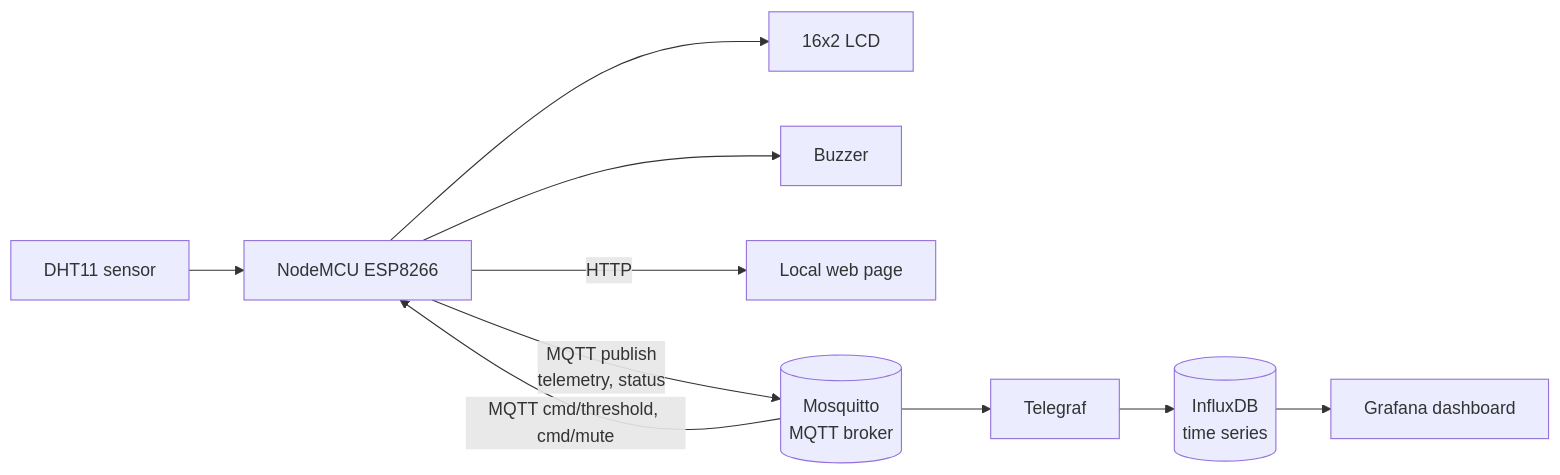
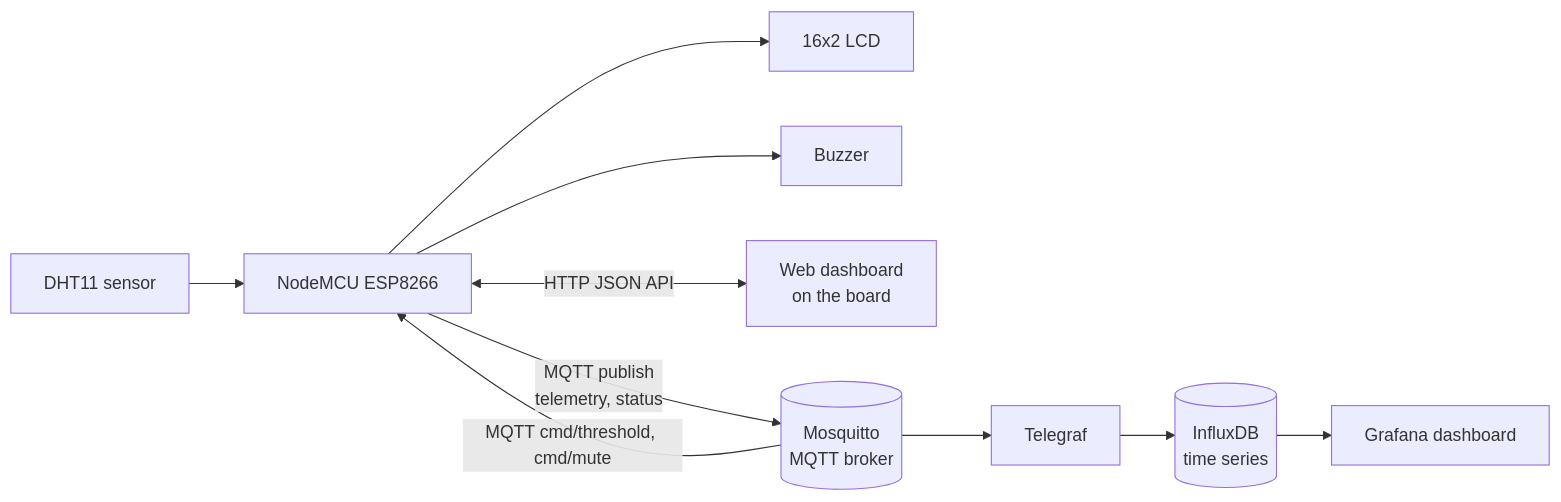
Before and after one commit to tringo286/smart-room-temperature-monitor: the diagram in README.md, drawn with Mermaid. The commit also changed other lines of this file and 18 other files, not shown here.

````diff
--- a/README.md
+++ b/README.md
@@ -7,12 +7,12 @@
 ```mermaid
 flowchart LR
     DHT[DHT11 sensor] --> MCU[NodeMCU ESP8266]
     MCU --> LCD[16x2 LCD]
     MCU --> BUZ[Buzzer]
-    MCU -- HTTP --> WEB[Local web page]
+    MCU <-- "HTTP JSON API" --> WEB[Web dashboard<br/>on the board]
     MCU -- "MQTT publish<br/>telemetry, status" --> MQ[(Mosquitto<br/>MQTT broker)]
     MQ -- "MQTT cmd/threshold, cmd/mute" --> MCU
     MQ --> TG[Telegraf]
     TG --> DB[(InfluxDB<br/>time series)]
     DB --> GF[Grafana dashboard]
 ```
````
